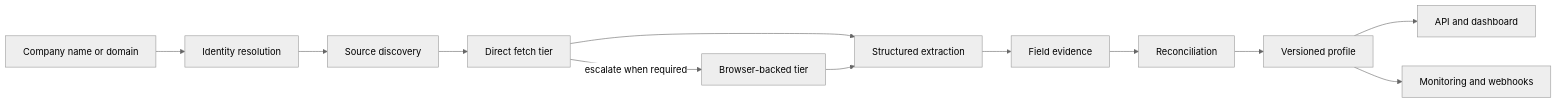
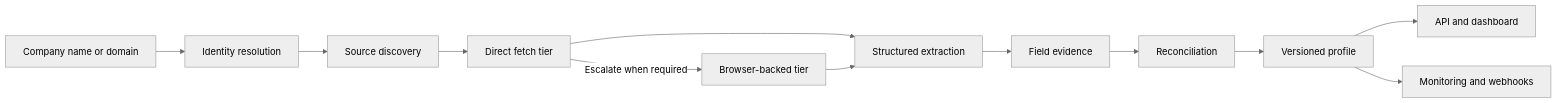
One commit to aderofrank402-spec/lumen-sieve changed the second of 3 diagrams in docs/ARCHITECTURE.md. Above: the diagram before and after it, drawn with Mermaid (neutral theme). The commit also changed other lines of this file and 3 other files, not shown here.

Commit message:
docs: fix GitHub Mermaid rendering

````diff
--- a/docs/ARCHITECTURE.md
+++ b/docs/ARCHITECTURE.md
@@ -25,14 +25,14 @@
 ```mermaid
-flowchart LR
-    Input[Company name or domain] --> Resolve[Identity resolution]
-    Resolve --> Discover[Source discovery]
-    Discover --> Fetch0[Direct fetch tier]
-    Fetch0 -->|escalate when required| Fetch1[Browser-backed tier]
-    Fetch0 --> Extract[Structured extraction]
-    Fetch1 --> Extract
-    Extract --> Evidence[Field evidence]
-    Evidence --> Reconcile[Reconciliation]
-    Reconcile --> Version[Versioned profile]
-    Version --> APIOut[API and dashboard]
-    Version --> Change[Monitoring and webhooks]
+graph LR
+    input["Company name or domain"] --> identity["Identity resolution"]
+    identity --> discovery["Source discovery"]
+    discovery --> direct["Direct fetch tier"]
+    direct -->|"Escalate when required"| browser["Browser-backed tier"]
+    direct --> extraction["Structured extraction"]
+    browser --> extraction
+    extraction --> evidence["Field evidence"]
+    evidence --> reconciliation["Reconciliation"]
+    reconciliation --> versioned["Versioned profile"]
+    versioned --> apiout["API and dashboard"]
+    versioned --> changes["Monitoring and webhooks"]
 ```
````
